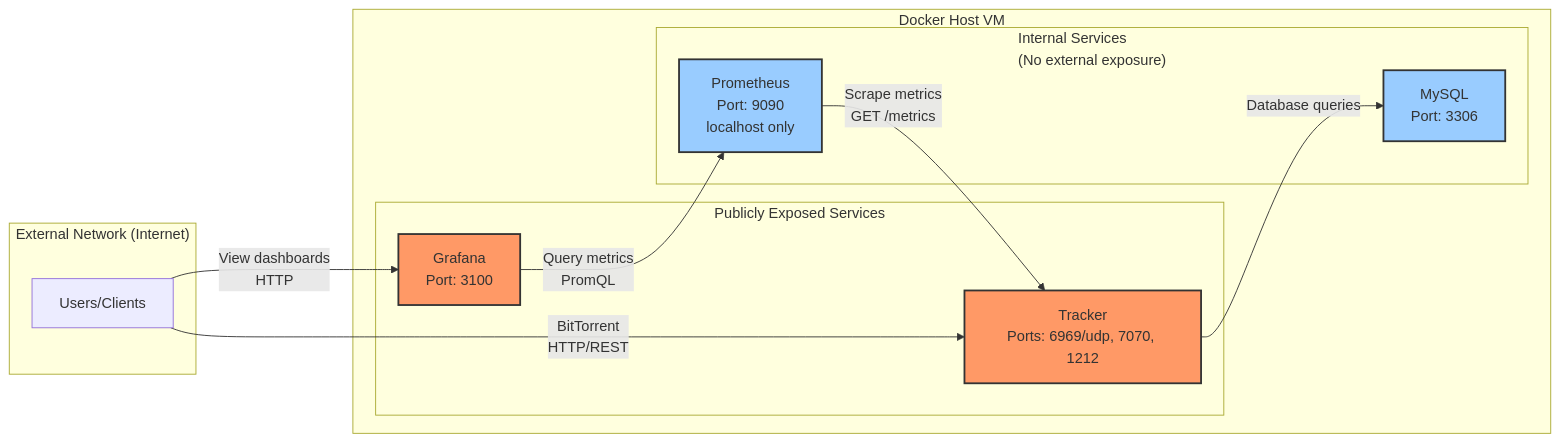
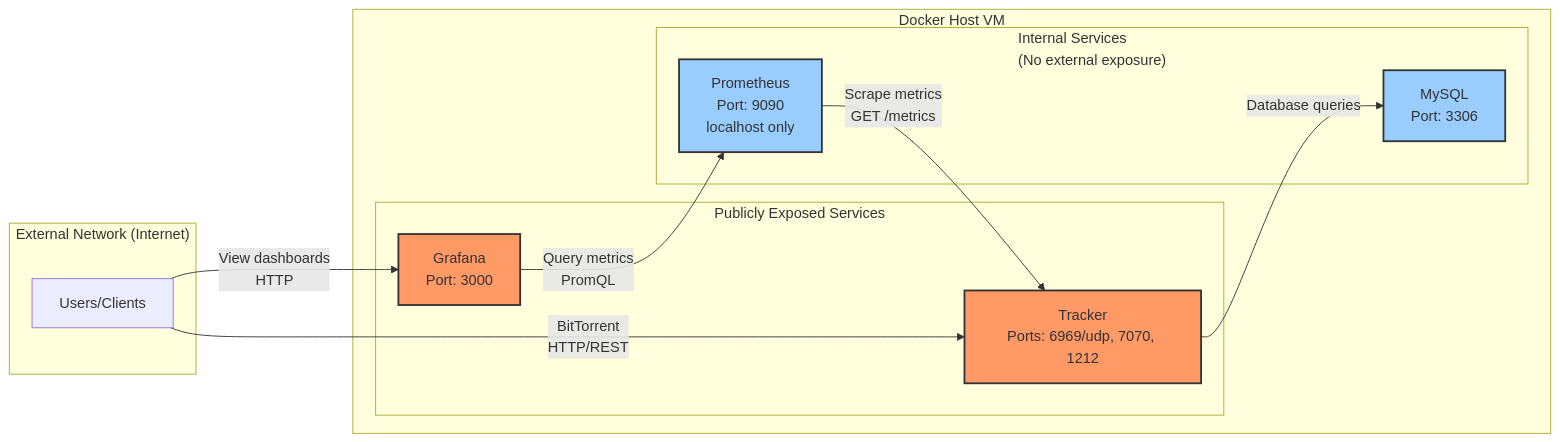
Before and after one commit to torrust/torrust-tracker-deployer: the diagram in docs/analysis/security/docker-network-segmentation-analysis.md, drawn with Mermaid. The commit also changed other lines of this file and 15 other files, not shown here.

First line of the commit message:
feat: [#275] change Grafana default port from 3100 to 3000

````diff
--- a/docs/analysis/security/docker-network-segmentation-analysis.md
+++ b/docs/analysis/security/docker-network-segmentation-analysis.md
@@ -70,30 +70,30 @@
 ```mermaid
 graph LR
     subgraph External["External Network (Internet)"]
         Users[Users/Clients]
     end
 
     subgraph VM["Docker Host VM"]
         subgraph PublicServices["Publicly Exposed Services"]
             Tracker[Tracker<br/>Ports: 6969/udp, 7070, 1212]
-            Grafana[Grafana<br/>Port: 3100]
+            Grafana[Grafana<br/>Port: 3000]
         end
 
         subgraph InternalServices["Internal Services<br/>(No external exposure)"]
             Prometheus[Prometheus<br/>Port: 9090<br/>localhost only]
             MySQL[MySQL<br/>Port: 3306]
         end
 
         Tracker -->|"Database queries"| MySQL
         Prometheus -->|"Scrape metrics<br/>GET /metrics"| Tracker
         Grafana -->|"Query metrics<br/>PromQL"| Prometheus
     end
 
     Users -->|"BitTorrent<br/>HTTP/REST"| Tracker
     Users -->|"View dashboards<br/>HTTP"| Grafana
 
     style Tracker fill:#f96,stroke:#333,stroke-width:2px
     style Grafana fill:#f96,stroke:#333,stroke-width:2px
     style Prometheus fill:#9cf,stroke:#333,stroke-width:2px
     style MySQL fill:#9cf,stroke:#333,stroke-width:2px
 ```
````
